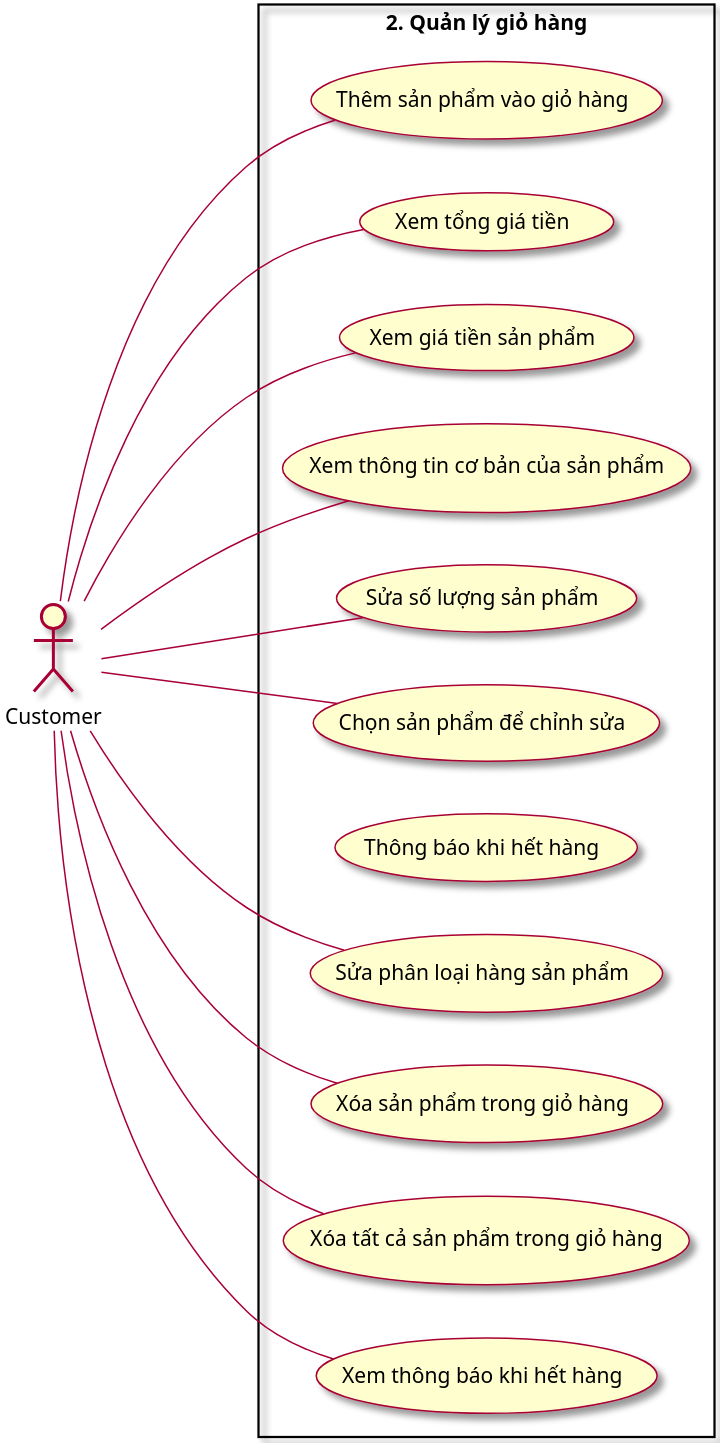
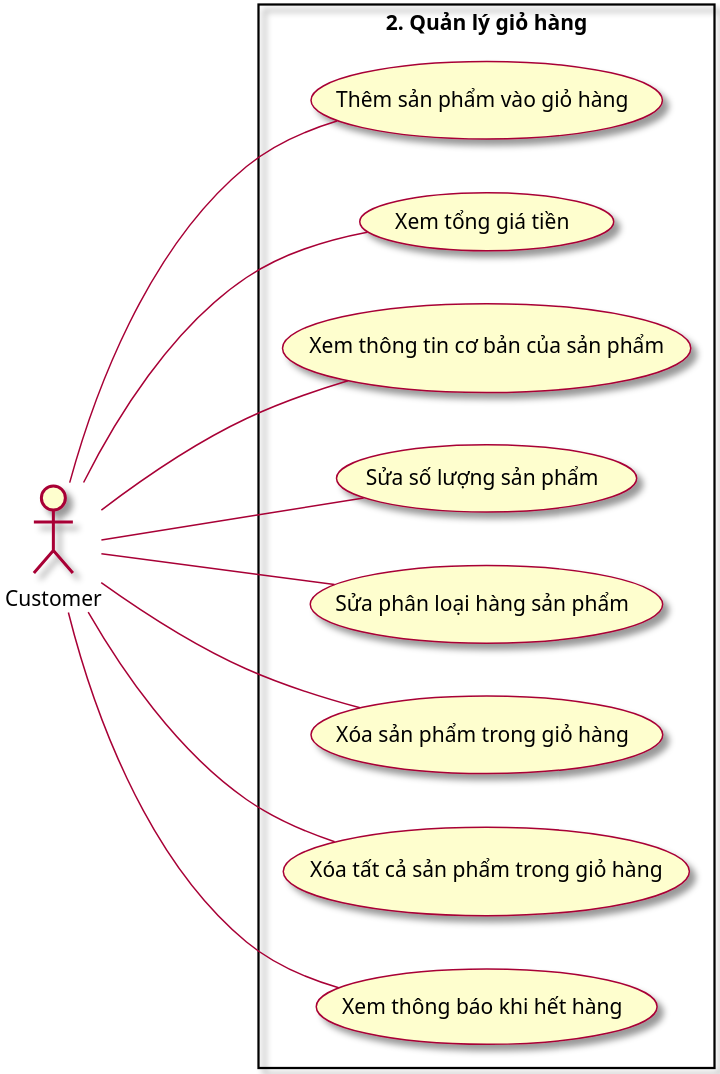
The diagram in Usecase/2. ManageCart.puml (Marowota/ecommerce-plantuml), drawn with PlantUML before and after one commit. The commit also changed 7 other files, not shown here.

```diff
--- a/Usecase/2. ManageCart.puml
+++ b/Usecase/2. ManageCart.puml
@@ -1,34 +1,29 @@
 @startuml ManageCart
 
 left to right direction
 scale 3
 skin rose
 
 actor Customer as customer
 
 rectangle "2. Quản lý giỏ hàng" {
     usecase (Thêm sản phẩm vào giỏ hàng) as tspvgh
     usecase (Xem tổng giá tiền) as xtgt
-    usecase (Xem giá tiền sản phẩm) as xgtsp
     usecase (Xem thông tin cơ bản của sản phẩm) as xttcbcsp
     usecase (Sửa số lượng sản phẩm) as sslsp
-    usecase (Chọn sản phẩm để chỉnh sửa) as cspdcs
-    usecase (Thông báo khi hết hàng) as tbkhh
     usecase (Sửa phân loại hàng sản phẩm) as splhsp
     usecase (Xóa sản phẩm trong giỏ hàng) as xsptrgh
     usecase (Xóa tất cả sản phẩm trong giỏ hàng) as xttcsptrgh
     usecase (Xem thông báo khi hết hàng) as xtbkhh
 }
 
 customer --- tspvgh
 customer --- xtgt
-customer --- xgtsp
 customer --- xttcbcsp
 customer --- sslsp
-customer --- cspdcs
 customer --- splhsp
 customer --- xsptrgh
 customer --- xttcsptrgh
 customer --- xtbkhh
 
 @enduml
```
